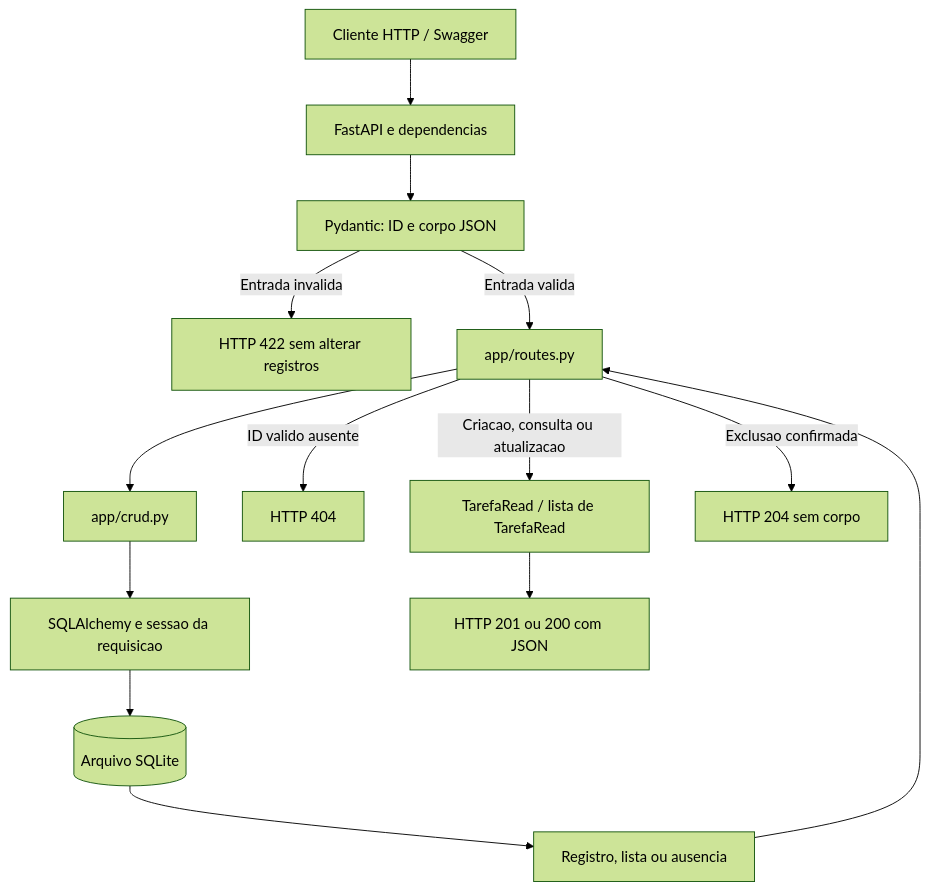
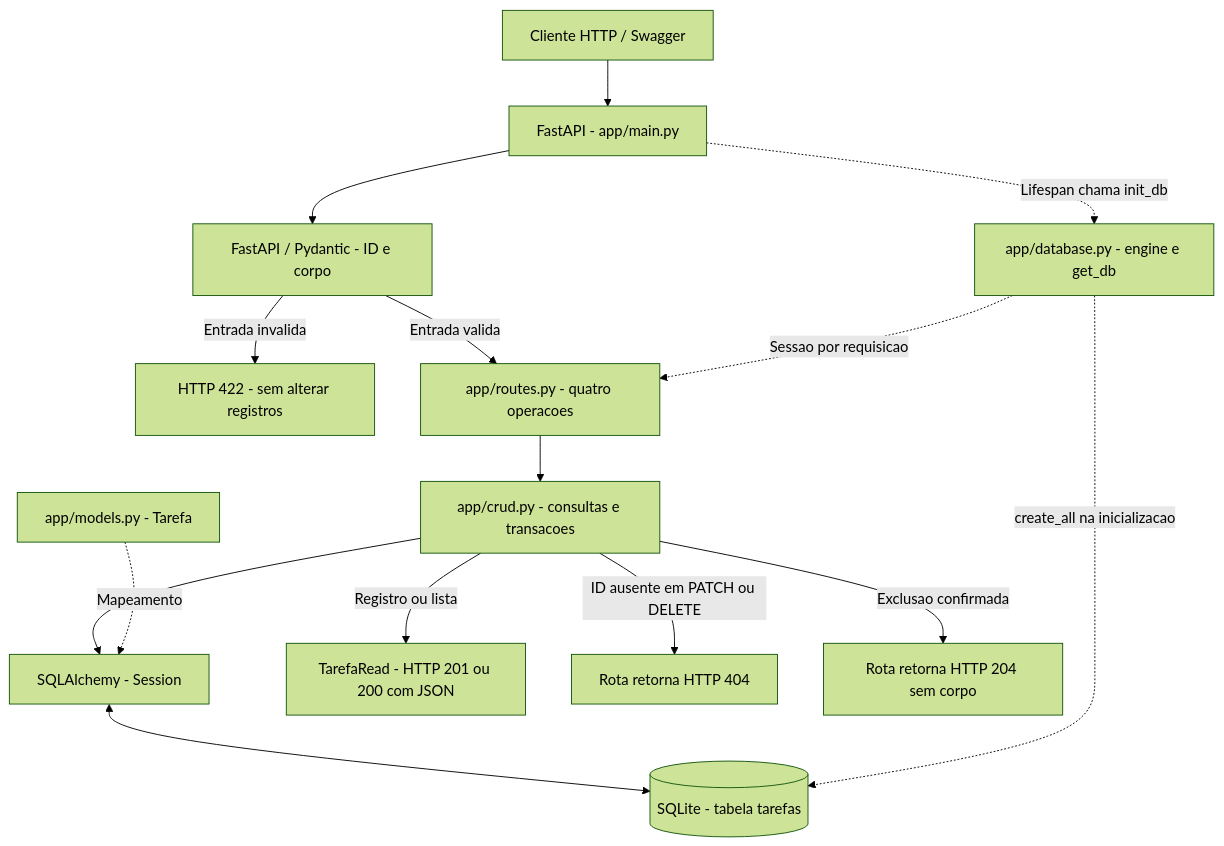
Before and after one commit to gabrielavieirab/tarefas-api: the diagram in docs/arquitetura.md, drawn with Mermaid (forest theme). The commit also changed other lines of this file and 11 other files, not shown here.

````diff
--- a/docs/arquitetura.md
+++ b/docs/arquitetura.md
@@ -9,16 +14,17 @@
 ```mermaid
 flowchart TD
-    Cliente[Cliente HTTP / Swagger] --> FastAPI[FastAPI e dependencias]
-    FastAPI --> Validacao[Pydantic: ID e corpo JSON]
-    Validacao -->|Entrada invalida| Erro422[HTTP 422 sem alterar registros]
-    Validacao -->|Entrada valida| Rotas[app/routes.py]
-    Rotas --> CRUD[app/crud.py]
-    CRUD --> ORM[SQLAlchemy e sessao da requisicao]
-    ORM --> Banco[(Arquivo SQLite)]
-    Banco --> Resultado[Registro, lista ou ausencia]
-    Resultado --> Rotas
-    Rotas -->|ID valido ausente| Erro404[HTTP 404]
-    Rotas -->|Criacao, consulta ou atualizacao| Saida[TarefaRead / lista de TarefaRead]
-    Saida --> JSON[HTTP 201 ou 200 com JSON]
-    Rotas -->|Exclusao confirmada| SemCorpo[HTTP 204 sem corpo]
+    Cliente["Cliente HTTP / Swagger"] --> API["FastAPI - app/main.py"]
+    API --> Validacao["FastAPI / Pydantic - ID e corpo"]
+    Validacao -->|Entrada invalida| Erro422["HTTP 422 - sem alterar registros"]
+    Validacao -->|Entrada valida| Rotas["app/routes.py - quatro operacoes"]
+    Config["app/database.py - engine e get_db"] -. Sessao por requisicao .-> Rotas
+    Rotas --> CRUD["app/crud.py - consultas e transacoes"]
+    CRUD --> ORM["SQLAlchemy - Session"]
+    Modelo["app/models.py - Tarefa"] -. Mapeamento .-> ORM
+    ORM <--> Banco[("SQLite - tabela tarefas")]
+    CRUD -->|Registro ou lista| Saida["TarefaRead - HTTP 201 ou 200 com JSON"]
+    CRUD -->|ID ausente em PATCH ou DELETE| Erro404["Rota retorna HTTP 404"]
+    CRUD -->|Exclusao confirmada| SemCorpo["Rota retorna HTTP 204 sem corpo"]
+    API -. Lifespan chama init_db .-> Config
+    Config -. create_all na inicializacao .-> Banco
 ```
````
